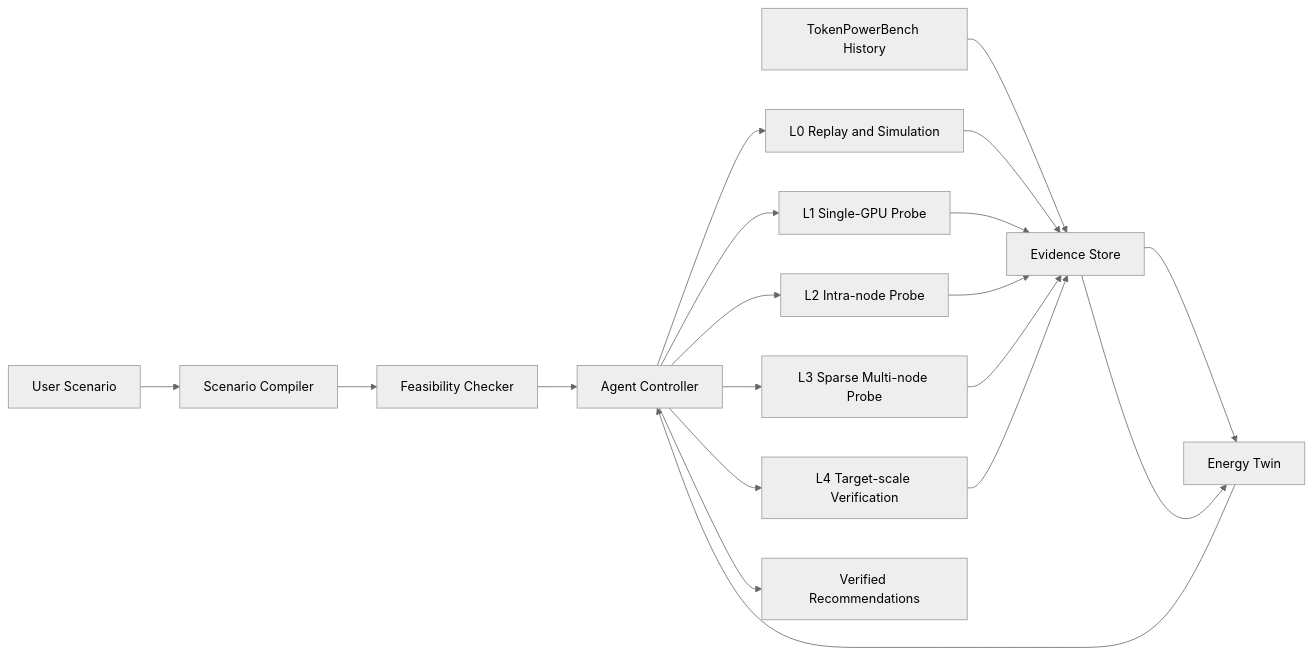
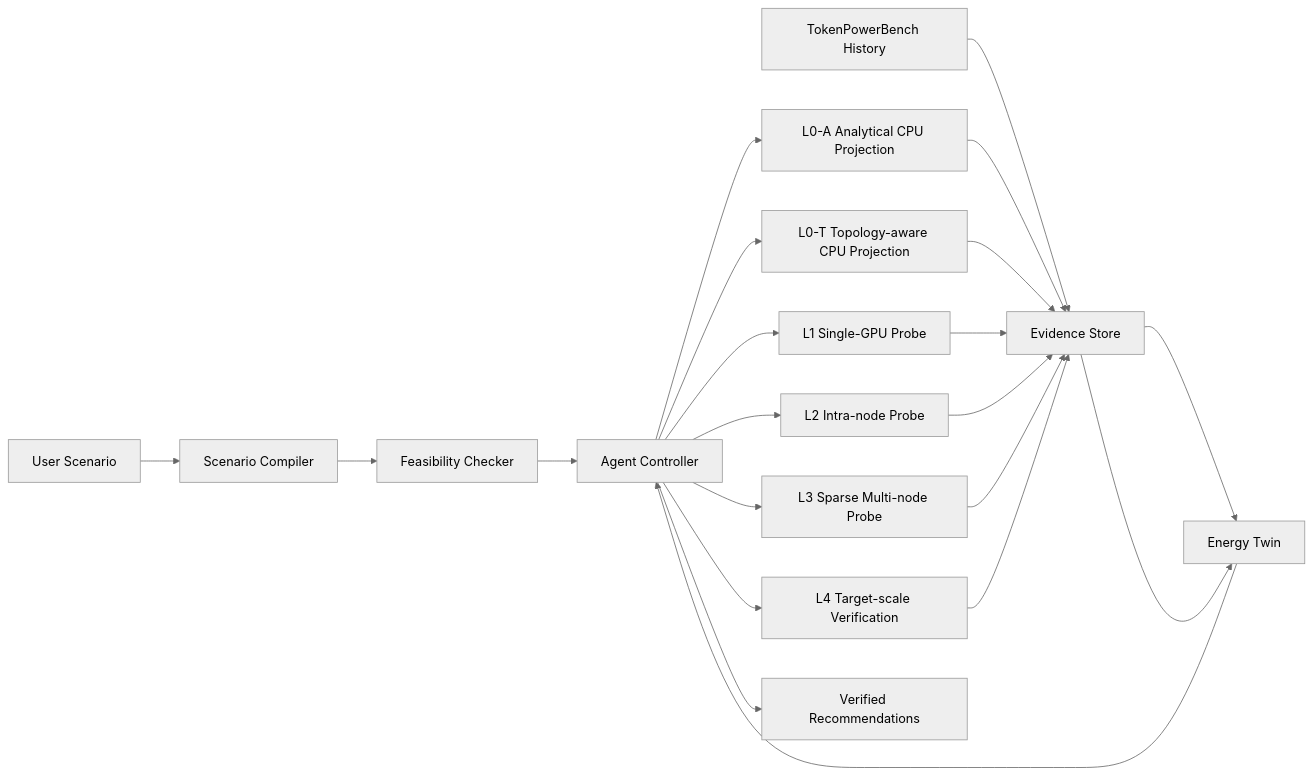
One commit to chenxuniu/TokenPowerAgent changed the diagram in docs/TokenPowerAgent-Complete-Workflow.md. Above: the diagram before and after it, drawn with Mermaid (neutral theme). The commit also changed other lines of this file and 18 other files, not shown here.

````diff
--- a/docs/TokenPowerAgent-Complete-Workflow.md
+++ b/docs/TokenPowerAgent-Complete-Workflow.md
@@ -83,25 +83,27 @@
 ```mermaid
 flowchart LR
     U[User Scenario] --> C[Scenario Compiler]
     C --> F[Feasibility Checker]
     F --> A[Agent Controller]
 
     H[TokenPowerBench History] --> E[Evidence Store]
     E --> T[Energy Twin]
 
-    A --> S0[L0 Replay and Simulation]
+    A --> S0A[L0-A Analytical CPU Projection]
+    A --> S0T[L0-T Topology-aware CPU Projection]
     A --> S1[L1 Single-GPU Probe]
     A --> S2[L2 Intra-node Probe]
     A --> S3[L3 Sparse Multi-node Probe]
     A --> S4[L4 Target-scale Verification]
 
-    S0 --> E
+    S0A --> E
+    S0T --> E
     S1 --> E
     S2 --> E
     S3 --> E
     S4 --> E
 
     T --> A
     E --> T
     A --> O[Verified Recommendations]
 ```
````
